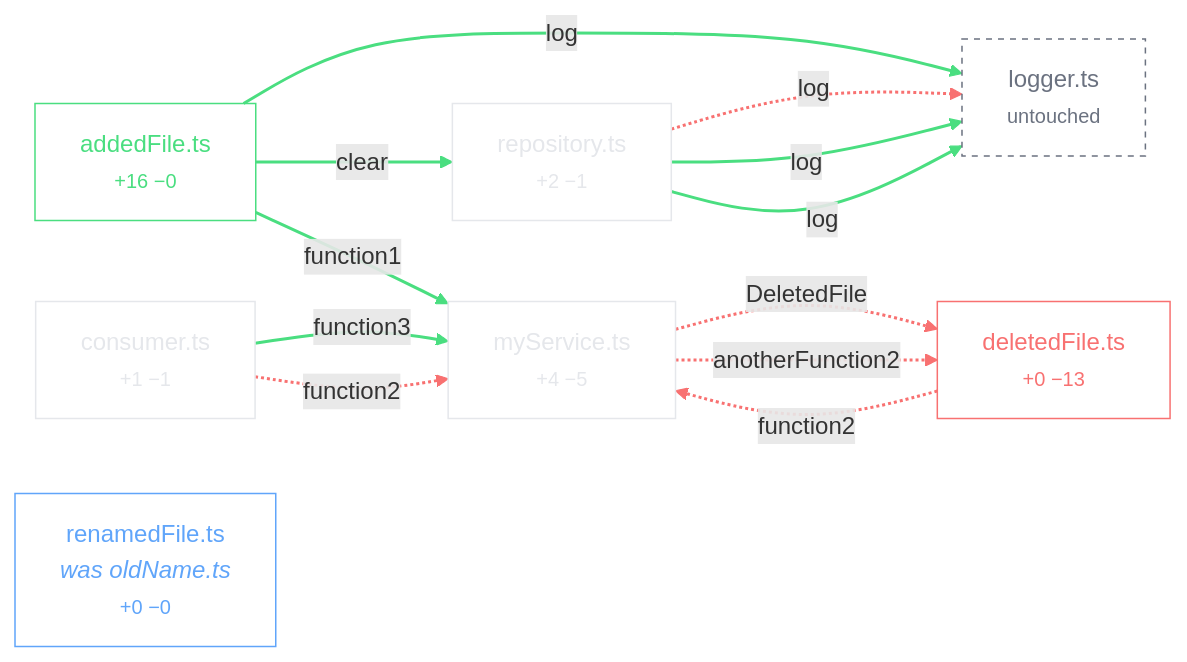
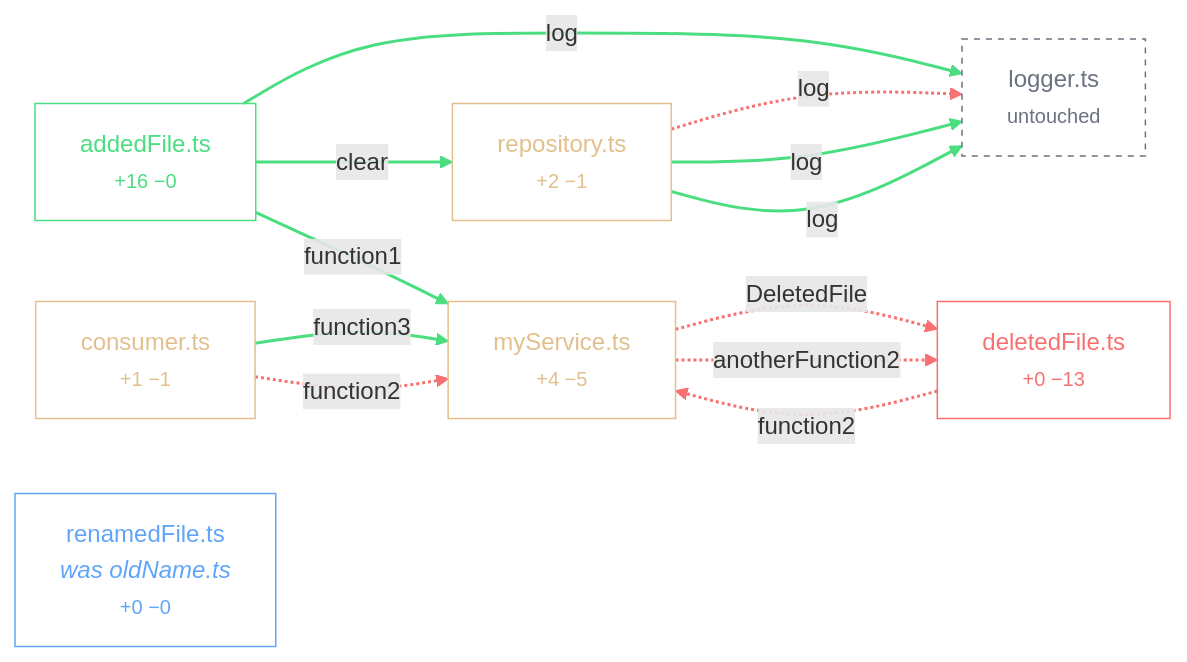
The diagram in docs/examples/graph.mmd (PowerEngine98/odin-pr-review), drawn with Mermaid before and after one commit. The commit also changed 7 other files, not shown here.

```diff
--- a/docs/examples/graph.mmd
+++ b/docs/examples/graph.mmd
@@ -1,36 +1,36 @@
 flowchart LR
   n0["addedFile.ts<br/><small>+16 −0</small>"]:::added
   n1["consumer.ts<br/><small>+1 −1</small>"]:::modified
   n2["deletedFile.ts<br/><small>+0 −13</small>"]:::deleted
   n3["logger.ts<br/><small>untouched</small>"]:::phantom
   n4["myService.ts<br/><small>+4 −5</small>"]:::modified
   n5["renamedFile.ts<br/><i>was oldName.ts</i><br/><small>+0 −0</small>"]:::renamed
   n6["repository.ts<br/><small>+2 −1</small>"]:::modified
   n4 -.->|"DeletedFile"| n2
   n4 -.->|"anotherFunction2"| n2
   n0 -->|"log"| n3
   n0 -->|"function1"| n4
   n0 -->|"clear"| n6
   n1 -->|"function3"| n4
   n1 -.->|"function2"| n4
   n2 -.->|"function2"| n4
   n6 -.->|"log"| n3
   n6 -->|"log"| n3
   n6 -->|"log"| n3
 
   classDef added stroke:#4ade80,color:#4ade80,fill:transparent;
-  classDef modified stroke:#e5e7eb,color:#e5e7eb,fill:transparent;
+  classDef modified stroke:#e2c08d,color:#e2c08d,fill:transparent;
   classDef deleted stroke:#f87171,color:#f87171,fill:transparent;
   classDef renamed stroke:#60a5fa,color:#60a5fa,fill:transparent;
   classDef phantom stroke:#6b7280,color:#6b7280,fill:transparent,stroke-dasharray:4 4;
   linkStyle 0 stroke:#f87171,stroke-width:2px;
   linkStyle 1 stroke:#f87171,stroke-width:2px;
   linkStyle 2 stroke:#4ade80,stroke-width:2px;
   linkStyle 3 stroke:#4ade80,stroke-width:2px;
   linkStyle 4 stroke:#4ade80,stroke-width:2px;
   linkStyle 5 stroke:#4ade80,stroke-width:2px;
   linkStyle 6 stroke:#f87171,stroke-width:2px;
   linkStyle 7 stroke:#f87171,stroke-width:2px;
   linkStyle 8 stroke:#f87171,stroke-width:2px;
   linkStyle 9 stroke:#4ade80,stroke-width:2px;
   linkStyle 10 stroke:#4ade80,stroke-width:2px;
```
